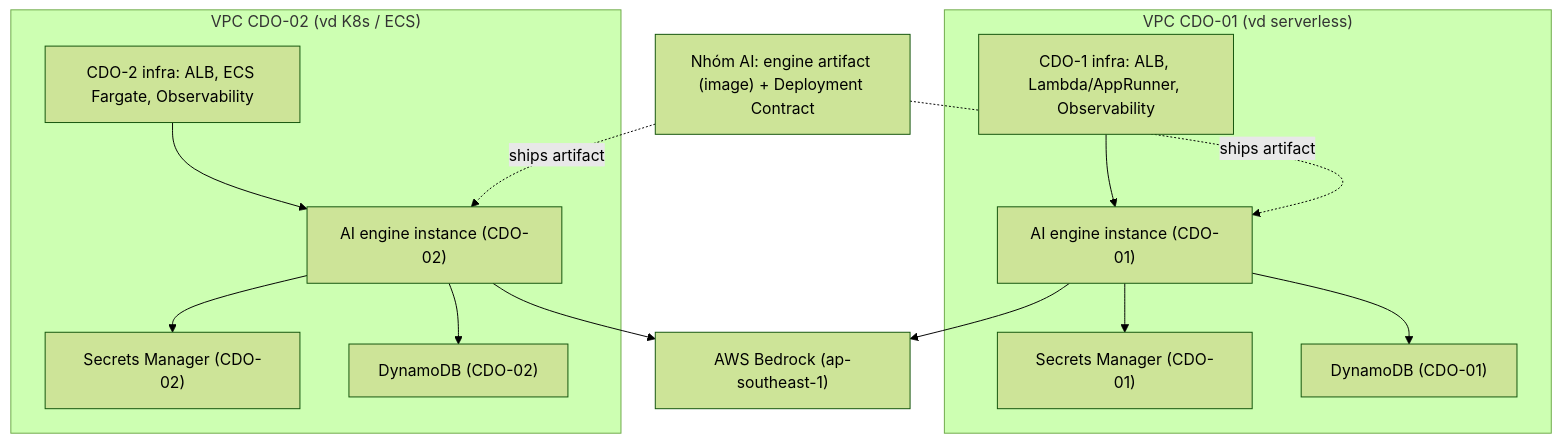
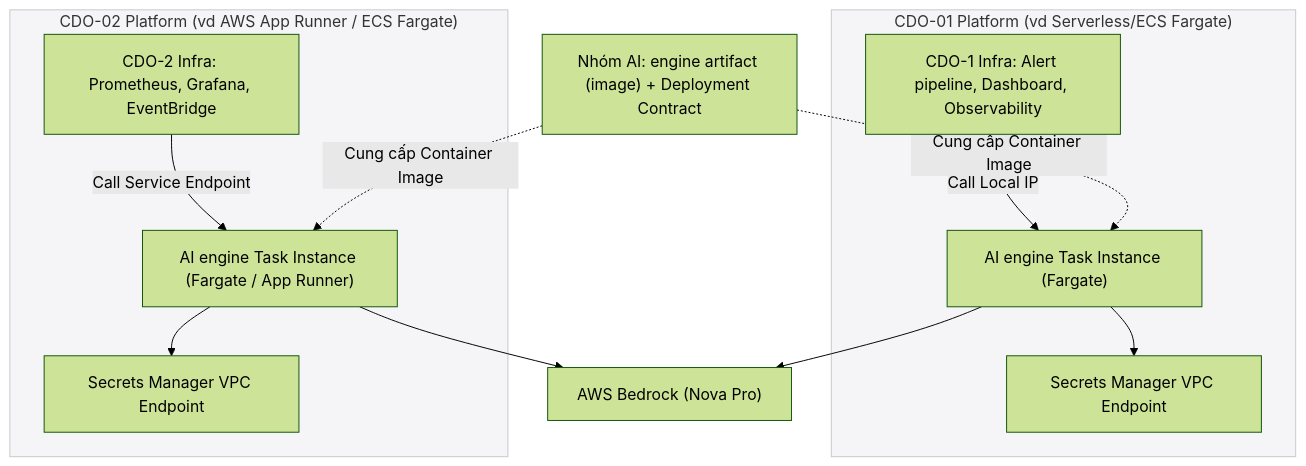
Before and after one commit to kietoichoiDXD/AIOPS-w1: the diagram in templates/ai/contracts/deployment-contract.md, drawn with Mermaid (forest theme). The commit also changed other lines of this file and 121 other files, not shown here.

````diff
--- a/templates/ai/contracts/deployment-contract.md
+++ b/templates/ai/contracts/deployment-contract.md
@@ -102,29 +109,26 @@
 ```mermaid
 graph TB
     AIO["Nhóm AI: engine artifact (image) + Deployment Contract"]
     
-    subgraph "VPC CDO-01 (vd serverless)"
-        E1["AI engine instance (CDO-01)"]
-        I1["CDO-1 infra: ALB, Lambda/AppRunner, Observability"]
-        SM1["Secrets Manager (CDO-01)"]
-        DDB1["DynamoDB (CDO-01)"]
-        I1 --> E1
-        E1 --> SM1
-        E1 --> DDB1
+    subgraph CDO_1["CDO-01 Platform (vd Serverless/ECS Fargate)"]
+        E1["AI engine Task Instance (Fargate)"]
+        I1["CDO-1 Infra: Alert pipeline, Dashboard, Observability"]
+        I1 -->|Call Local IP| E1
+        E1 --> SM1["Secrets Manager VPC Endpoint"]
     end
     
-    subgraph "VPC CDO-02 (vd K8s / ECS)"
-        E2["AI engine instance (CDO-02)"]
-        I2["CDO-2 infra: ALB, ECS Fargate, Observability"]
-        SM2["Secrets Manager (CDO-02)"]
-        DDB2["DynamoDB (CDO-02)"]
-        I2 --> E2
-        E2 --> SM2
-        E2 --> DDB2
+    subgraph CDO_2["CDO-02 Platform (vd AWS App Runner / ECS Fargate)"]
+        E2["AI engine Task Instance (Fargate / App Runner)"]
+        I2["CDO-2 Infra: Prometheus, Grafana, EventBridge"]
+        I2 -->|Call Service Endpoint| E2
+        E2 --> SM2["Secrets Manager VPC Endpoint"]
     end
     
-    AIO -. ships artifact .-> E1
-    AIO -. ships artifact .-> E2
-    E1 --> Bedrock["AWS Bedrock (ap-southeast-1)"]
-    E2 --> Bedrock
+    AIO -. Cung cấp Container Image .-> E1
+    AIO -. Cung cấp Container Image .-> E2
+    E1 --> Bedrock["AWS Bedrock (Nova Pro)"]
+    E2 --> Bedrock["AWS Bedrock (Nova Pro)"]
+    
+    classDef platform fill:#f5f5f7,stroke:#c8c8cc,stroke-width:1px;
+    class CDO_1,CDO_2 platform;
 ```
````
